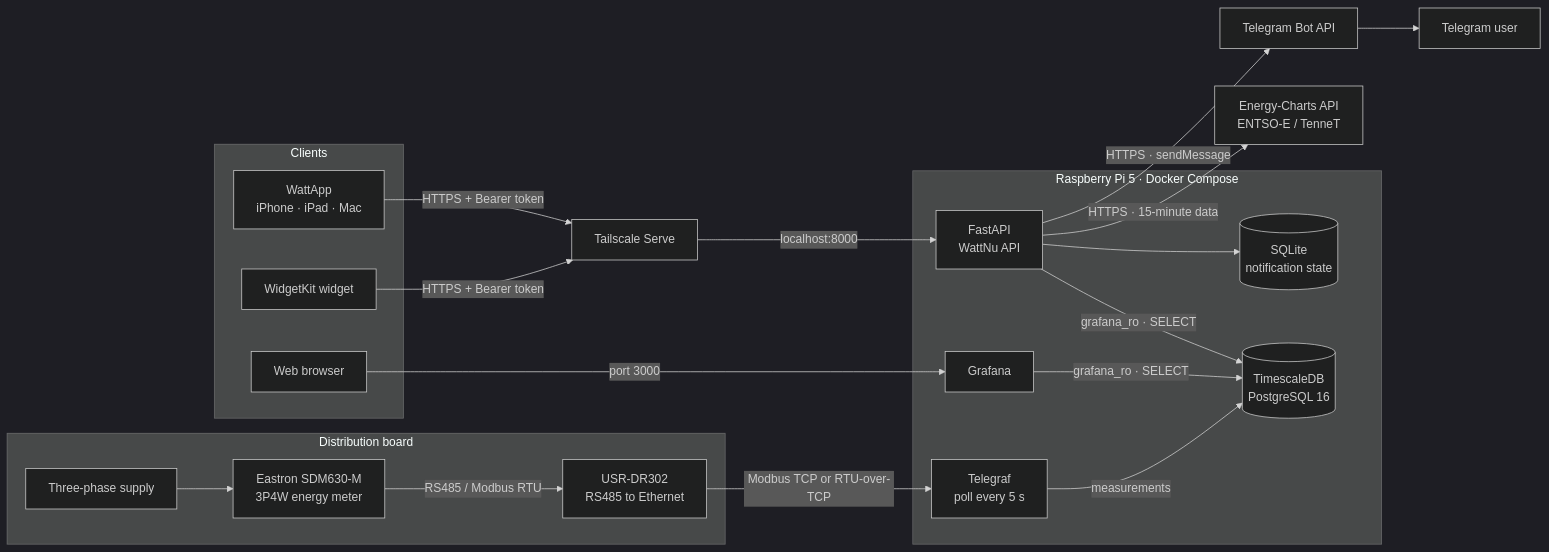
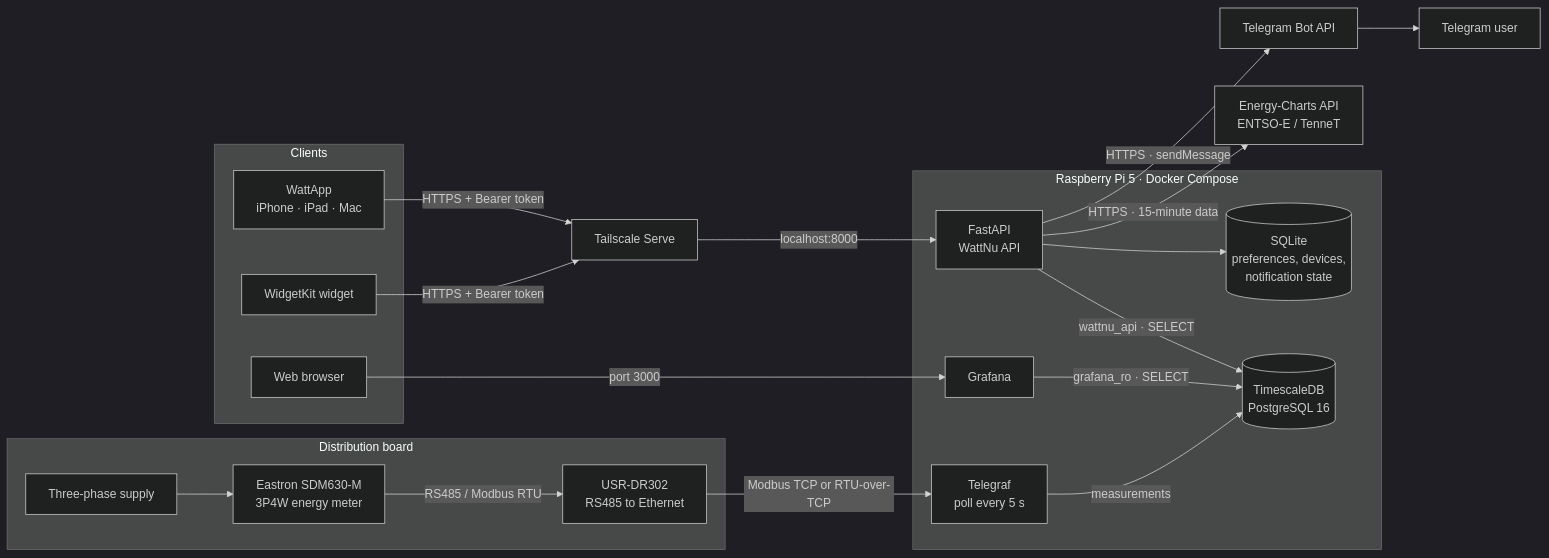
The first of 5 diagrams in README.md (pieterleek/EnergieApp-WattNu), drawn with Mermaid (dark theme) before and after one commit. The commit also changed other lines of this file and 2 other files, not shown here.

````diff
--- a/README.md
+++ b/README.md
@@ -144,38 +162,38 @@
 ```mermaid
 flowchart LR
     subgraph Cabinet[Distribution board]
         Grid[Three-phase supply]
         SDM[Eastron SDM630-M<br/>3P4W energy meter]
         DR[USR-DR302<br/>RS485 to Ethernet]
         Grid --> SDM
         SDM -- "RS485 / Modbus RTU" --> DR
     end
 
     subgraph Pi[Raspberry Pi 5 · Docker Compose]
         Telegraf[Telegraf<br/>poll every 5 s]
         DB[(TimescaleDB<br/>PostgreSQL 16)]
         API[FastAPI<br/>WattNu API]
         Grafana[Grafana]
-        SQLite[(SQLite<br/>notification state)]
+        SQLite[(SQLite<br/>preferences, devices,<br/>notification state)]
         Telegraf -->|measurements| DB
-        API -->|grafana_ro · SELECT| DB
+        API -->|wattnu_api · SELECT| DB
         Grafana -->|grafana_ro · SELECT| DB
         API --> SQLite
     end
 
     DR -- "Modbus TCP or RTU-over-TCP" --> Telegraf
 
     subgraph Clients[Clients]
         App[WattApp<br/>iPhone · iPad · Mac]
         Widget[WidgetKit widget]
         Browser[Web browser]
     end
 
     App -->|HTTPS + Bearer token| TS[Tailscale Serve]
     Widget -->|HTTPS + Bearer token| TS
     TS -->|localhost:8000| API
     Browser -->|port 3000| Grafana
     API -->|HTTPS · 15-minute data| EC[Energy-Charts API<br/>ENTSO-E / TenneT]
     API -->|HTTPS · sendMessage| TG[Telegram Bot API]
     TG --> User[Telegram user]
 ```
````
